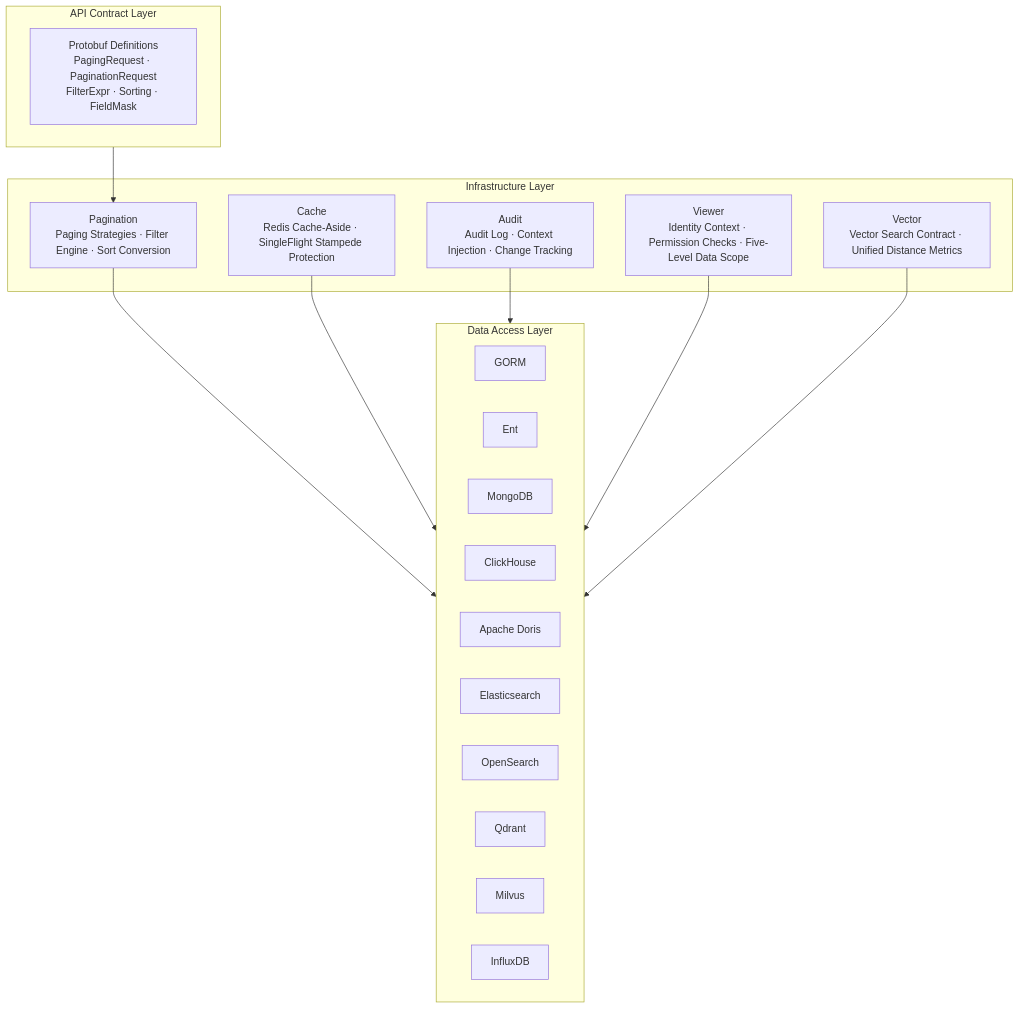
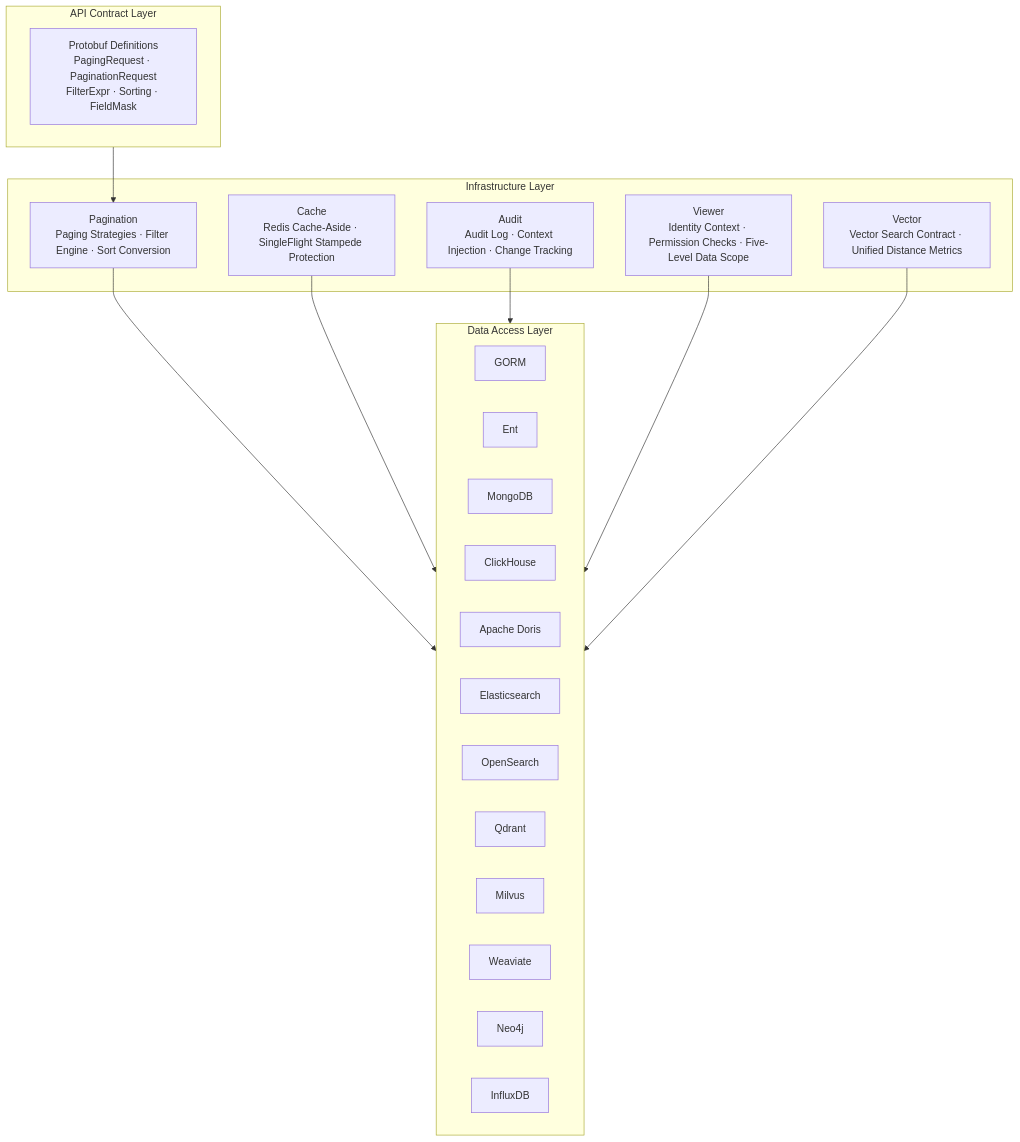
Before and after one commit to tx7do/go-crud: the diagram in README_en.md, drawn with Mermaid. The commit also changed other lines of this file and 36 other files, not shown here.

````diff
--- a/README_en.md
+++ b/README_en.md
@@ -59,34 +61,36 @@
 ```mermaid
 graph TB
     subgraph API["API Contract Layer"]
         Proto["Protobuf Definitions<br/>PagingRequest · PaginationRequest<br/>FilterExpr · Sorting · FieldMask"]
     end
 
     subgraph Infra["Infrastructure Layer"]
         Pagination["Pagination<br/>Paging Strategies · Filter Engine · Sort Conversion"]
         Cache["Cache<br/>Redis Cache-Aside · SingleFlight Stampede Protection"]
         Audit["Audit<br/>Audit Log · Context Injection · Change Tracking"]
         Viewer["Viewer<br/>Identity Context · Permission Checks · Five-Level Data Scope"]
         Vector["Vector<br/>Vector Search Contract · Unified Distance Metrics"]
     end
 
     subgraph DAL["Data Access Layer"]
         GORM["GORM"]
         ENT["Ent"]
         Mongo["MongoDB"]
         CH["ClickHouse"]
         Doris["Apache Doris"]
         ES["Elasticsearch"]
         OS["OpenSearch"]
         Qdrant["Qdrant"]
         Milvus["Milvus"]
+        Weaviate["Weaviate"]
+        Neo4j["Neo4j"]
         Influx["InfluxDB"]
     end
 
     API --> Pagination
     Pagination --> DAL
     Cache --> DAL
     Audit --> DAL
     Viewer --> DAL
     Vector --> DAL
 ```
````
